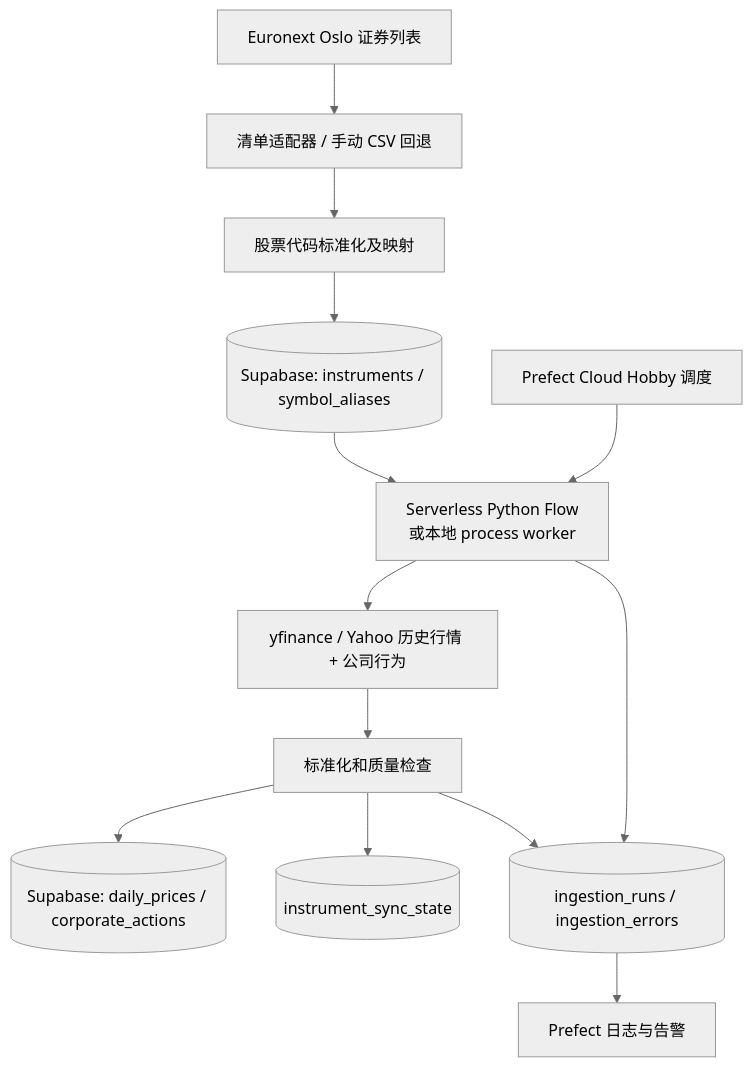
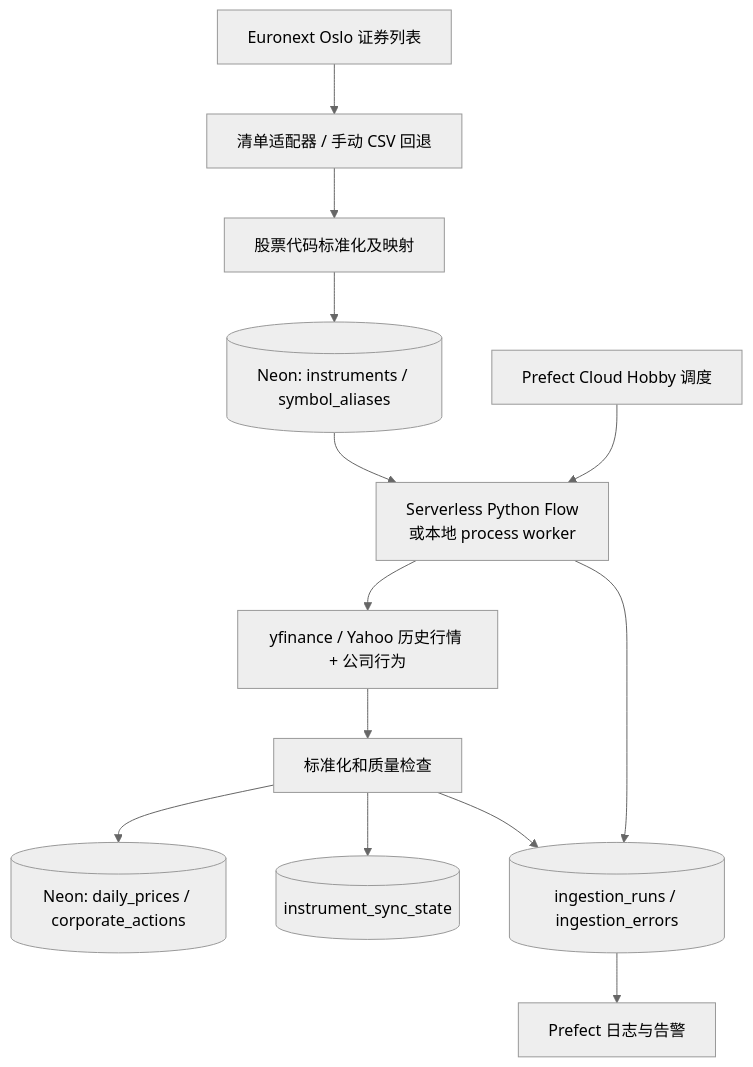
One commit to bowlderstudio/stock changed the diagram in docs/norway_stock_data_system_design.md. Above: the diagram before and after it, drawn with Mermaid (neutral theme). The commit also changed other lines of this file and 2 other files, not shown here.

First line of the commit message:
Switch design doc and config docs from Supabase to Neon

````diff
--- a/docs/norway_stock_data_system_design.md
+++ b/docs/norway_stock_data_system_design.md
@@ -31,15 +31,15 @@
 ```mermaid
 flowchart TD
   A[Euronext Oslo 证券列表] --> B[清单适配器 / 手动 CSV 回退]
   B --> C[股票代码标准化及映射]
-  C --> D[(Supabase: instruments / symbol_aliases)]
+  C --> D[(Neon: instruments / symbol_aliases)]
   P[Prefect Cloud Hobby 调度] --> E[Serverless Python Flow<br/>或本地 process worker]
   D --> E
   E --> F[yfinance / Yahoo 历史行情 + 公司行为]
   F --> G[标准化和质量检查]
-  G --> H[(Supabase: daily_prices / corporate_actions)]
+  G --> H[(Neon: daily_prices / corporate_actions)]
   G --> S[(instrument_sync_state)]
   E --> I[(ingestion_runs / ingestion_errors)]
   G --> I
   I --> J[Prefect 日志与告警]
 ```
````
